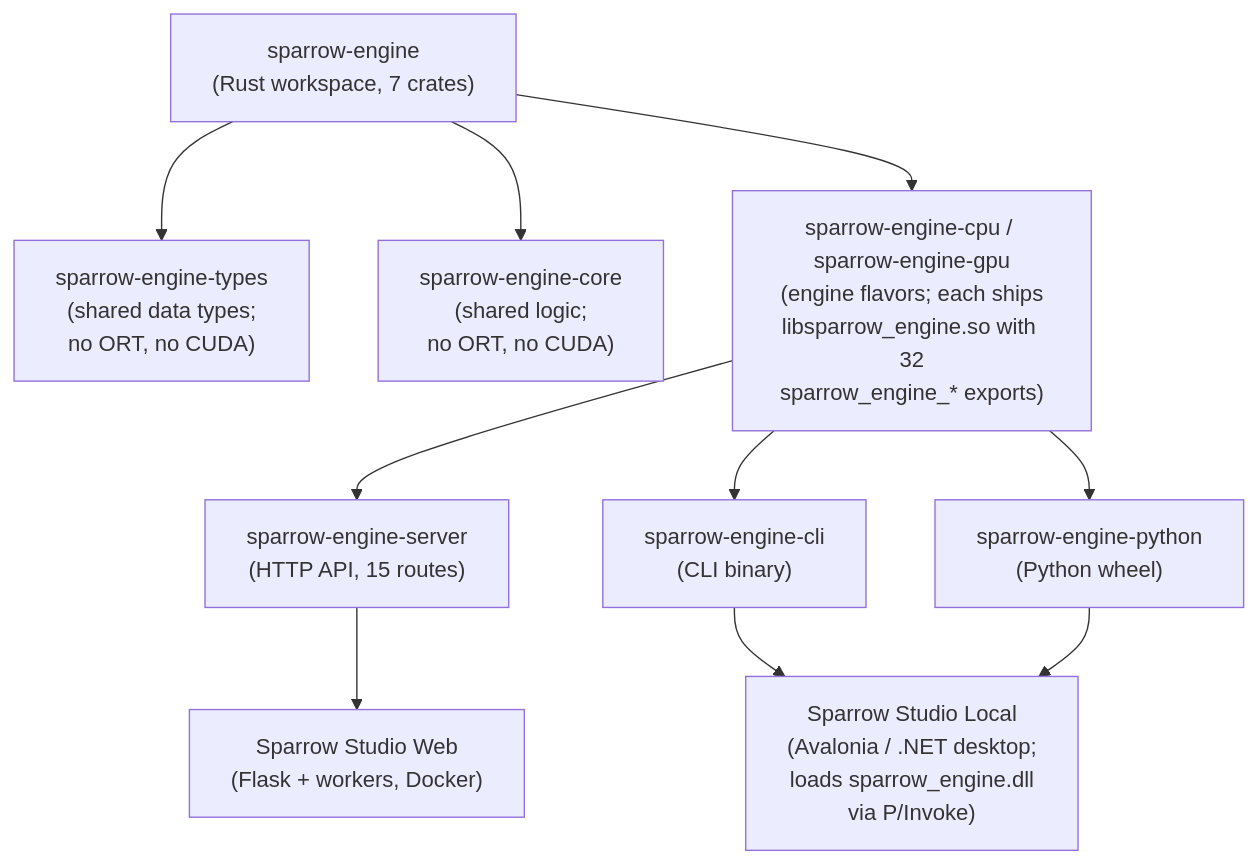
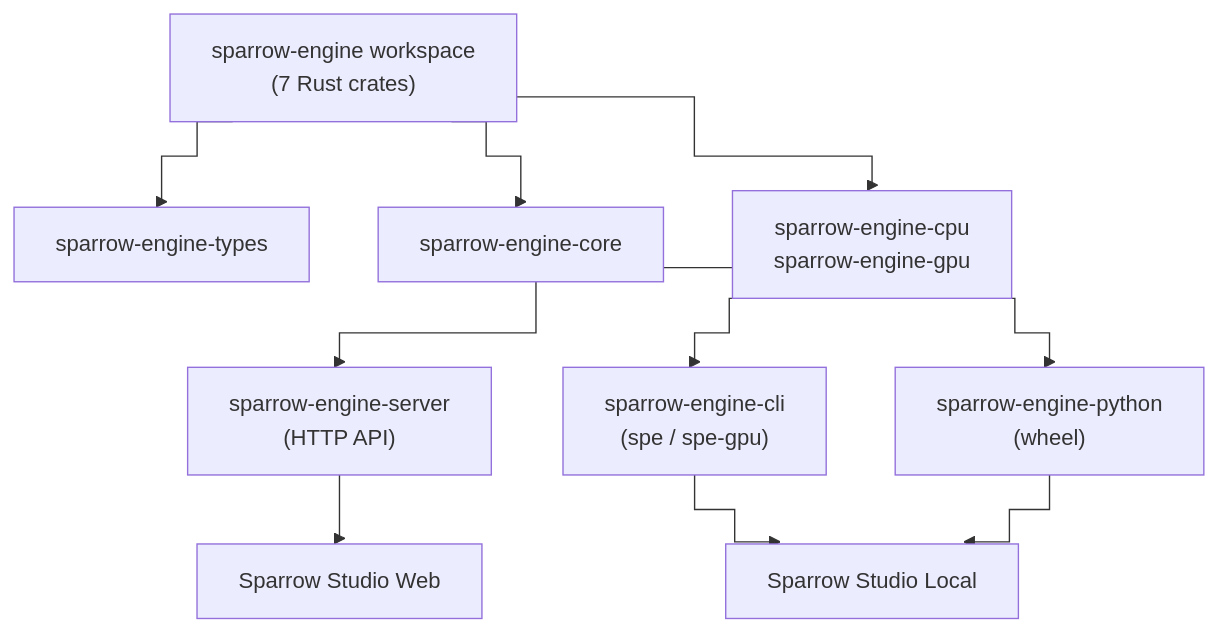
Before and after one commit to microsoft/Pytorch-Wildlife: the first of 2 diagrams in docs/user-manual.md, drawn with Mermaid. The commit also changed other lines of this file, not shown here.

Commit message:
docs(user-manual): tune Mermaid preview — step curves, shorter labels, prose for details

````diff
--- a/docs/user-manual.md
+++ b/docs/user-manual.md
@@ -40,22 +40,19 @@
 ```mermaid
+%%{init: {'flowchart': {'curve': 'step'}}}%%
 flowchart TB
-    WS["sparrow-engine<br/>(Rust workspace, 7 crates)"]
-    TYPES["sparrow-engine-types<br/>(shared data types;<br/>no ORT, no CUDA)"]
-    CORE["sparrow-engine-core<br/>(shared logic;<br/>no ORT, no CUDA)"]
-    FLAV["sparrow-engine-cpu / sparrow-engine-gpu<br/>(engine flavors; each ships<br/>libsparrow_engine.so with 32<br/>sparrow_engine_* exports)"]
-    SRV["sparrow-engine-server<br/>(HTTP API, 15 routes)"]
-    CLI["sparrow-engine-cli<br/>(CLI binary)"]
-    PY["sparrow-engine-python<br/>(Python wheel)"]
-    SW["Sparrow Studio Web<br/>(Flask + workers, Docker)"]
-    SL["Sparrow Studio Local<br/>(Avalonia / .NET desktop;<br/>loads sparrow_engine.dll<br/>via P/Invoke)"]
+    WS["sparrow-engine workspace<br/>(7 Rust crates)"]
+    TYPES["sparrow-engine-types"]
+    CORE["sparrow-engine-core"]
+    FLAV["sparrow-engine-cpu<br/>sparrow-engine-gpu"]
+    SRV["sparrow-engine-server<br/>(HTTP API)"]
+    CLI["sparrow-engine-cli<br/>(spe / spe-gpu)"]
+    PY["sparrow-engine-python<br/>(wheel)"]
+    SW["Sparrow Studio Web"]
+    SL["Sparrow Studio Local"]
 
-    WS --> TYPES
-    WS --> CORE
-    WS --> FLAV
-    FLAV --> SRV
-    FLAV --> CLI
-    FLAV --> PY
+    WS --> TYPES & CORE & FLAV
+    FLAV --> SRV & CLI & PY
     SRV --> SW
     CLI --> SL
     PY --> SL
 ```
````
